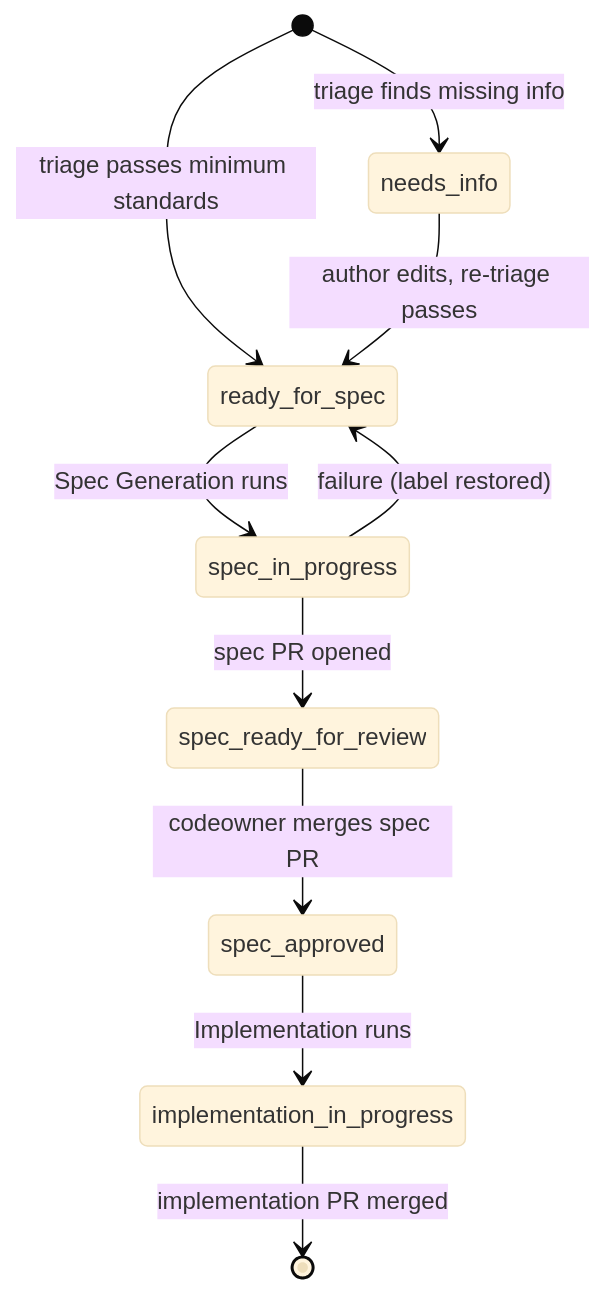
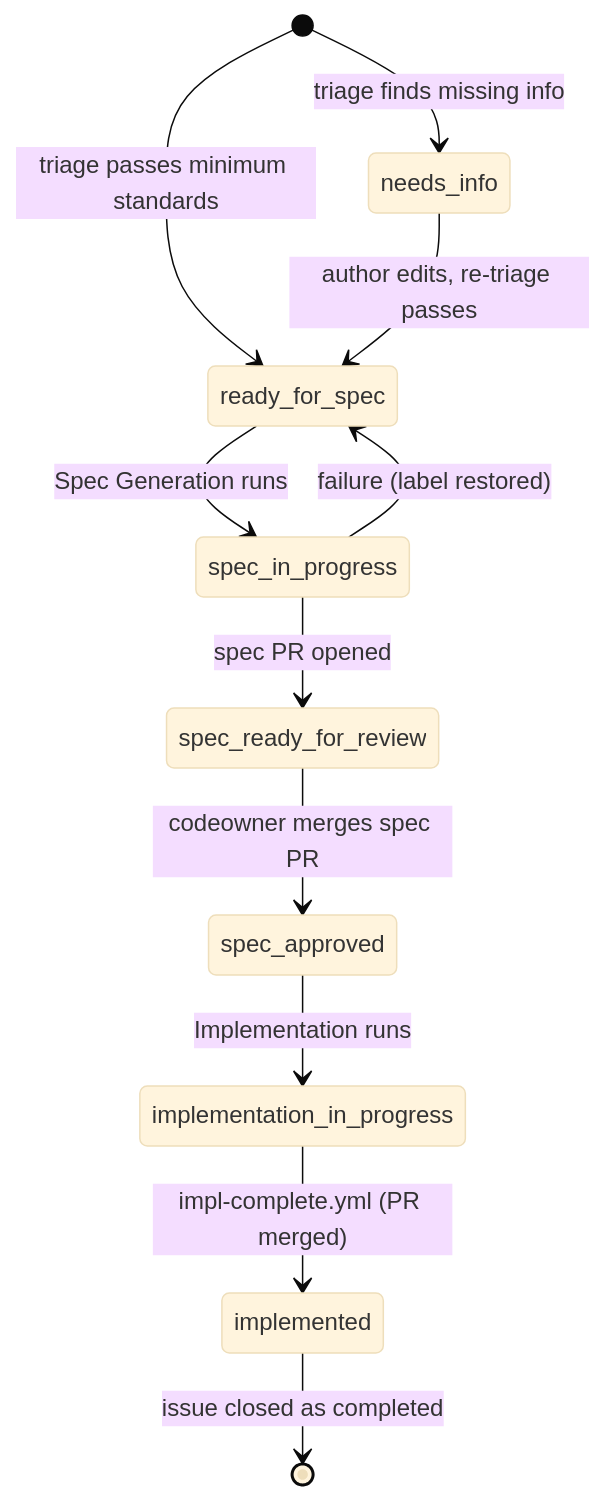
The diagram in AGENTS.md (zachreborn/terraform-modules), drawn with Mermaid (base theme) before and after one commit. The commit also changed other lines of this file and 1 other file, not shown here.

````diff
--- a/AGENTS.md
+++ b/AGENTS.md
@@ -336,12 +337,13 @@
 ```mermaid
 stateDiagram-v2
     [*] --> needs_info: triage finds missing info
     [*] --> ready_for_spec: triage passes minimum standards
     needs_info --> ready_for_spec: author edits, re-triage passes
     ready_for_spec --> spec_in_progress: Spec Generation runs
     spec_in_progress --> spec_ready_for_review: spec PR opened
     spec_in_progress --> ready_for_spec: failure (label restored)
     spec_ready_for_review --> spec_approved: codeowner merges spec PR
     spec_approved --> implementation_in_progress: Implementation runs
-    implementation_in_progress --> [*]: implementation PR merged
+    implementation_in_progress --> implemented: impl-complete.yml (PR merged)
+    implemented --> [*]: issue closed as completed
 ```
````
